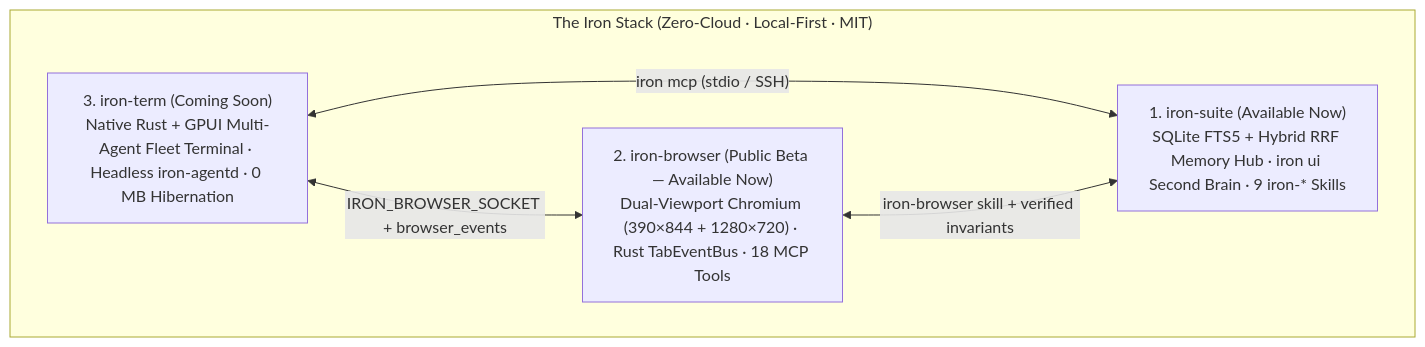
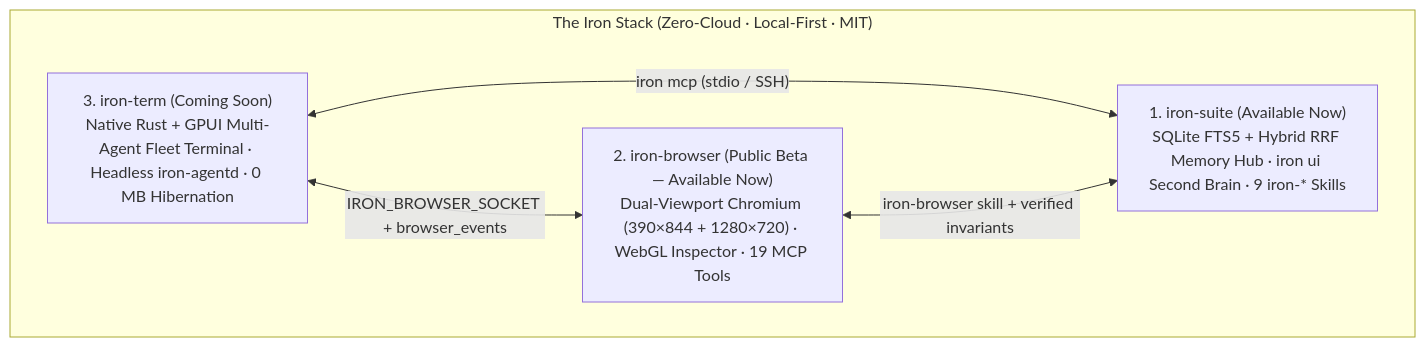
One commit to arielonoriaga/iron-suite changed the second of 2 diagrams in README.md. Above: the diagram before and after it, drawn with Mermaid. The commit also changed other lines of this file and 2 other files, not shown here.

Commit message:
docs(ecosystem): add IronTerm preview banner and browser_webgl 19th MCP tool

````diff
--- a/README.md
+++ b/README.md
@@ -194,12 +194,12 @@
 ```mermaid
 flowchart TB
   subgraph Stack["The Iron Stack (Zero-Cloud · Local-First · MIT)"]
     Suite["1. iron-suite (Available Now)\nSQLite FTS5 + Hybrid RRF Memory Hub · iron ui Second Brain · 9 iron-* Skills"]
-    Browser["2. iron-browser (Public Beta — Available Now)\nDual-Viewport Chromium (390×844 + 1280×720) · Rust TabEventBus · 18 MCP Tools"]
+    Browser["2. iron-browser (Public Beta — Available Now)\nDual-Viewport Chromium (390×844 + 1280×720) · WebGL Inspector · 19 MCP Tools"]
     Term["3. iron-term (Coming Soon)\nNative Rust + GPUI Multi-Agent Fleet Terminal · Headless iron-agentd · 0 MB Hibernation"]
   end
 
   Term <-->|"iron mcp (stdio / SSH)"| Suite
   Term <-->|"IRON_BROWSER_SOCKET + browser_events"| Browser
   Browser <-->|"iron-browser skill + verified invariants"| Suite
 ```
````
